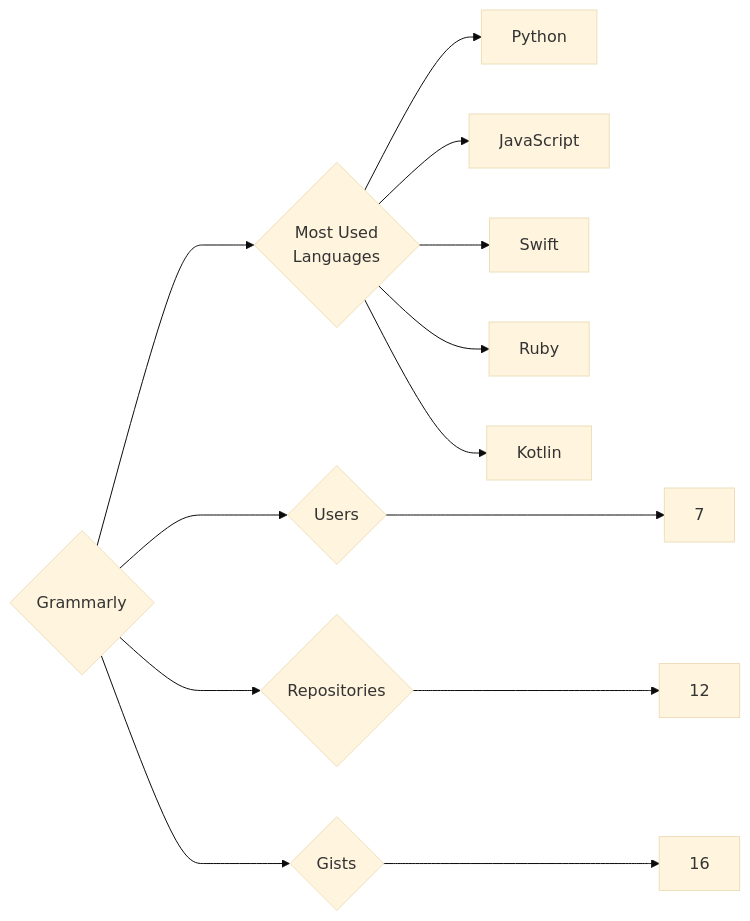
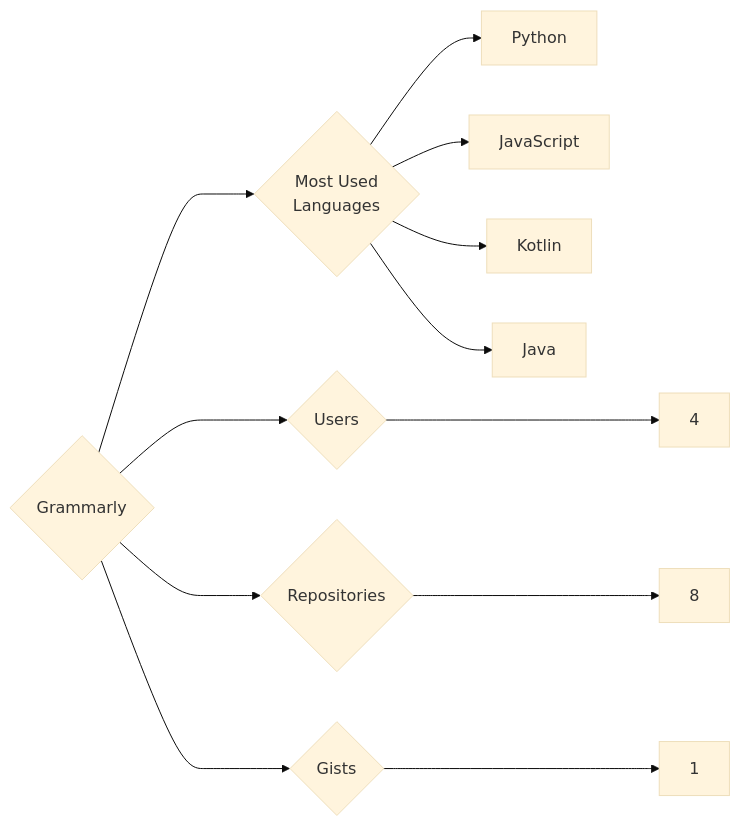
The diagram in targets/Grammarly/README.md (trickest/insiders), drawn with Mermaid (base theme) before and after one commit. The commit also changed 1007 other files, not shown here.

````diff
--- a/targets/Grammarly/README.md
+++ b/targets/Grammarly/README.md
@@ -3,13 +3,12 @@
 ```mermaid
 graph LR
 COMPANY_NAME{Grammarly}
-COMPANY_NAME ---> U{Users} ---> UN[7]
-COMPANY_NAME ---> R{Repositories} ---> RN[12]
-COMPANY_NAME ---> G{Gists} ---> GN[16]
+COMPANY_NAME ---> U{Users} ---> UN[4]
+COMPANY_NAME ---> R{Repositories} ---> RN[8]
+COMPANY_NAME ---> G{Gists} ---> GN[1]
 COMPANY_NAME ---> ML{Most Used<br>Languages}
 ML --> Python[Python]
 ML --> JavaScript[JavaScript]
-ML --> Swift[Swift]
-ML --> Ruby[Ruby]
 ML --> Kotlin[Kotlin]
+ML --> Java[Java]
 ```
````
